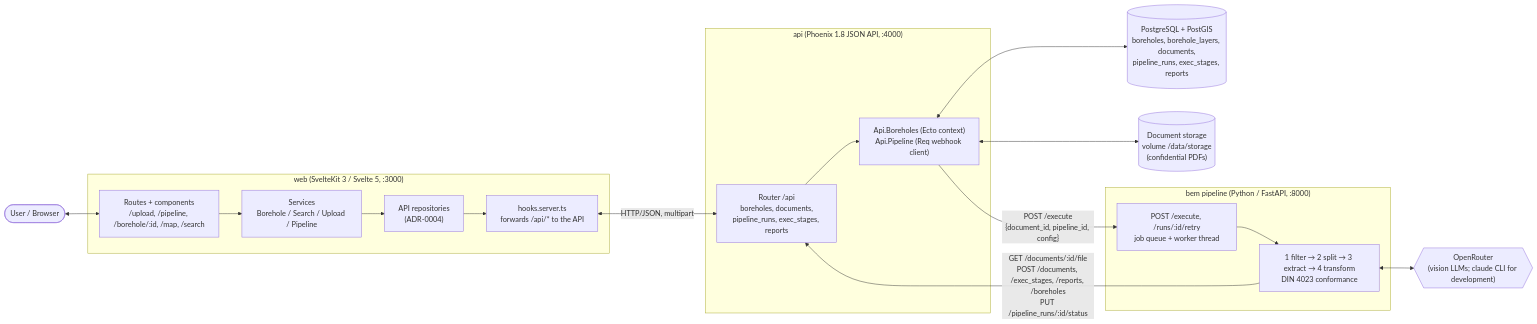
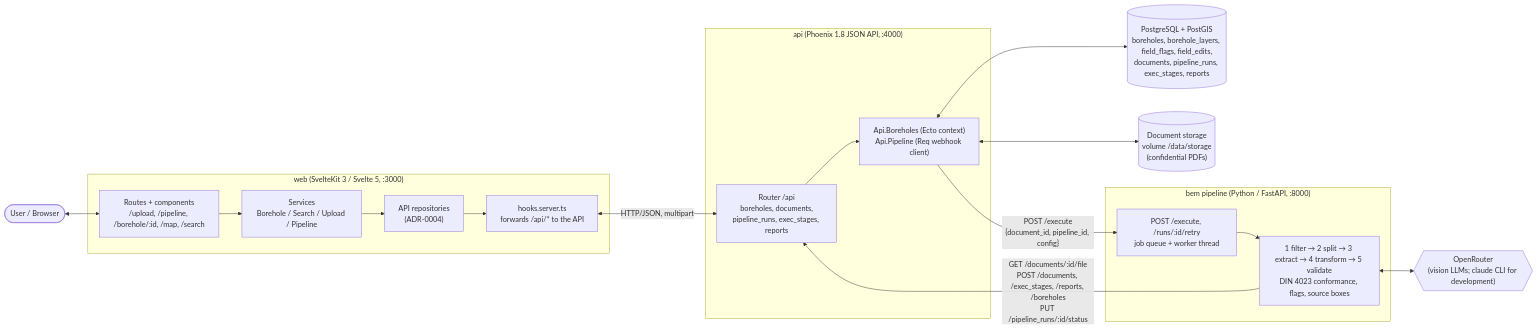
One commit to t-kelsey/smart-automation changed the first of 4 diagrams in docs/architecture.md. Above: the diagram before and after it, drawn with Mermaid. The commit also changed other lines of this file and 93 other files, not shown here.

````diff
--- a/docs/architecture.md
+++ b/docs/architecture.md
@@ -7,36 +7,36 @@
 ```mermaid
 flowchart LR
     user([User / Browser])
 
     subgraph web["web (SvelteKit 3 / Svelte 5, :3000)"]
         ui["Routes + components<br/>/upload, /pipeline, /borehole/:id, /map, /search"]
         svc["Services<br/>Borehole / Search / Upload / Pipeline"]
         repo["API repositories<br/>(ADR-0004)"]
         proxy["hooks.server.ts<br/>forwards /api/* to the API"]
         ui --> svc --> repo --> proxy
     end
 
     subgraph api["api (Phoenix 1.8 JSON API, :4000)"]
         router["Router /api<br/>boreholes, documents,<br/>pipeline_runs, exec_stages, reports"]
         ctx["Api.Boreholes (Ecto context)<br/>Api.Pipeline (Req webhook client)"]
         router --> ctx
     end
 
     subgraph bem["bem pipeline (Python / FastAPI, :8000)"]
         exec["POST /execute, /runs/:id/retry<br/>job queue + worker thread"]
-        steps["1 filter → 2 split → 3 extract → 4 transform<br/>DIN 4023 conformance"]
+        steps["1 filter → 2 split → 3 extract → 4 transform → 5 validate<br/>DIN 4023 conformance, flags, source boxes"]
         exec --> steps
     end
 
-    db[("PostgreSQL + PostGIS<br/>boreholes, borehole_layers, documents,<br/>pipeline_runs, exec_stages, reports")]
+    db[("PostgreSQL + PostGIS<br/>boreholes, borehole_layers, field_flags, field_edits,<br/>documents, pipeline_runs, exec_stages, reports")]
     fs[("Document storage<br/>volume /data/storage<br/>(confidential PDFs)")]
     claude{{"OpenRouter<br/>(vision LLMs; claude CLI for development)"}}
 
     user <--> ui
     proxy <-->|"HTTP/JSON, multipart"| router
     ctx <--> db
     ctx <--> fs
     ctx -->|"POST /execute<br/>{document_id, pipeline_id, config}"| exec
     steps -->|"GET /documents/:id/file<br/>POST /documents, /exec_stages, /reports, /boreholes<br/>PUT /pipeline_runs/:id/status"| router
     steps <--> claude
 ```
````
